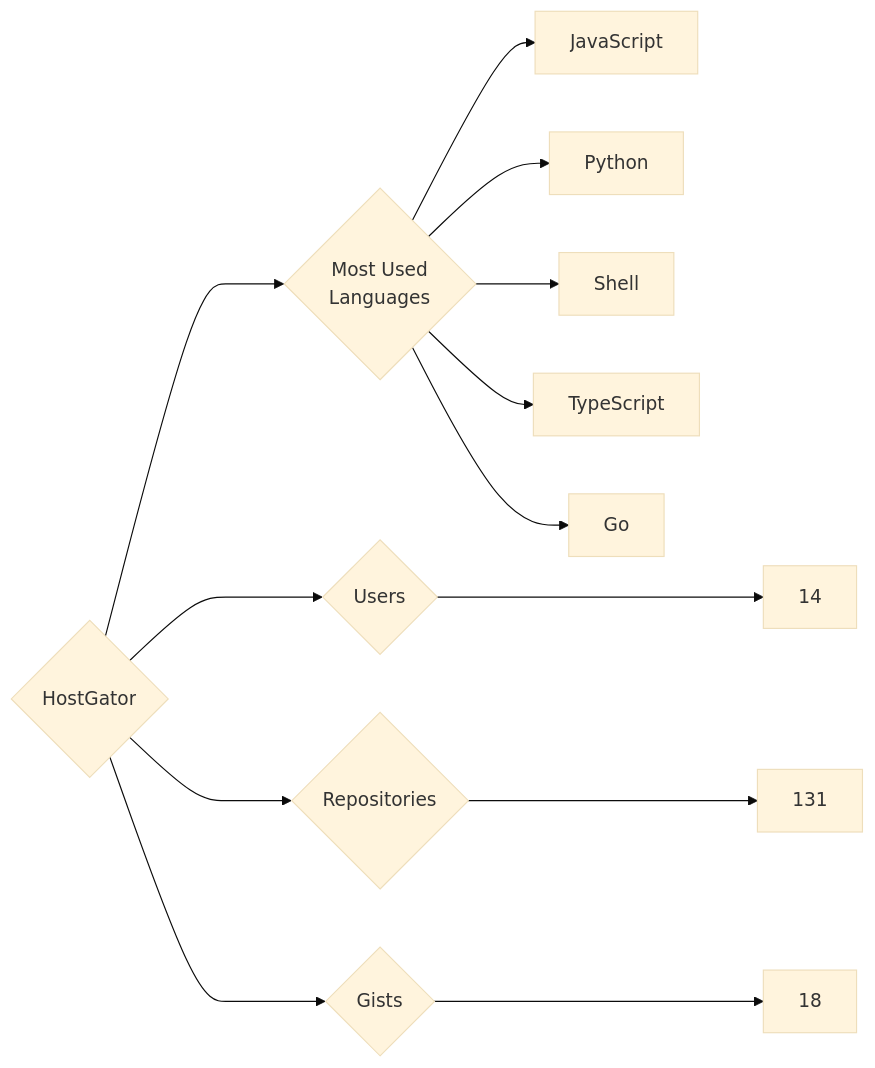
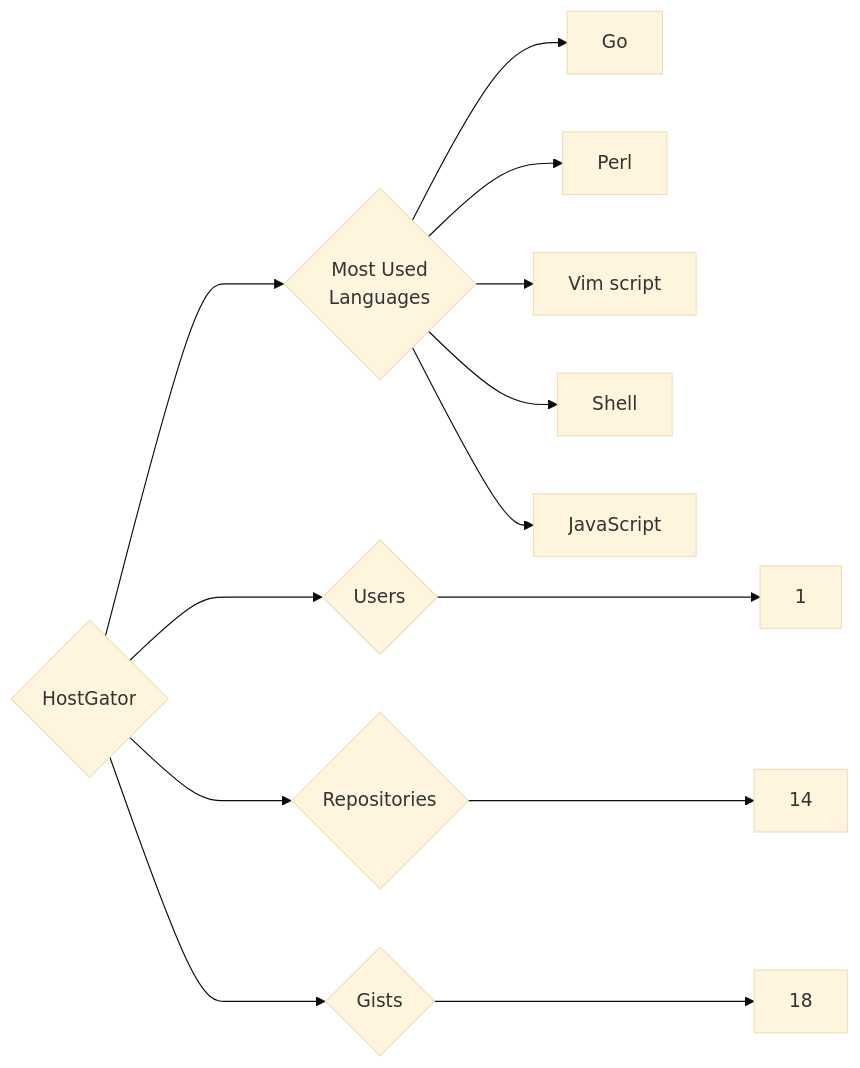
The diagram in targets/HostGator/README.md (trickest/insiders), drawn with Mermaid (base theme) before and after one commit. The commit also changed 569 other files, not shown here.

````diff
--- a/targets/HostGator/README.md
+++ b/targets/HostGator/README.md
@@ -3,13 +3,13 @@
 ```mermaid
 graph LR
 COMPANY_NAME{HostGator}
-COMPANY_NAME ---> U{Users} ---> UN[14]
-COMPANY_NAME ---> R{Repositories} ---> RN[131]
+COMPANY_NAME ---> U{Users} ---> UN[1]
+COMPANY_NAME ---> R{Repositories} ---> RN[14]
 COMPANY_NAME ---> G{Gists} ---> GN[18]
 COMPANY_NAME ---> ML{Most Used<br>Languages}
+ML --> Go[Go]
+ML --> Perl[Perl]
+ML --> Vim_script[Vim script]
+ML --> Shell[Shell]
 ML --> JavaScript[JavaScript]
-ML --> Python[Python]
-ML --> Shell[Shell]
-ML --> TypeScript[TypeScript]
-ML --> Go[Go]
 ```
````
